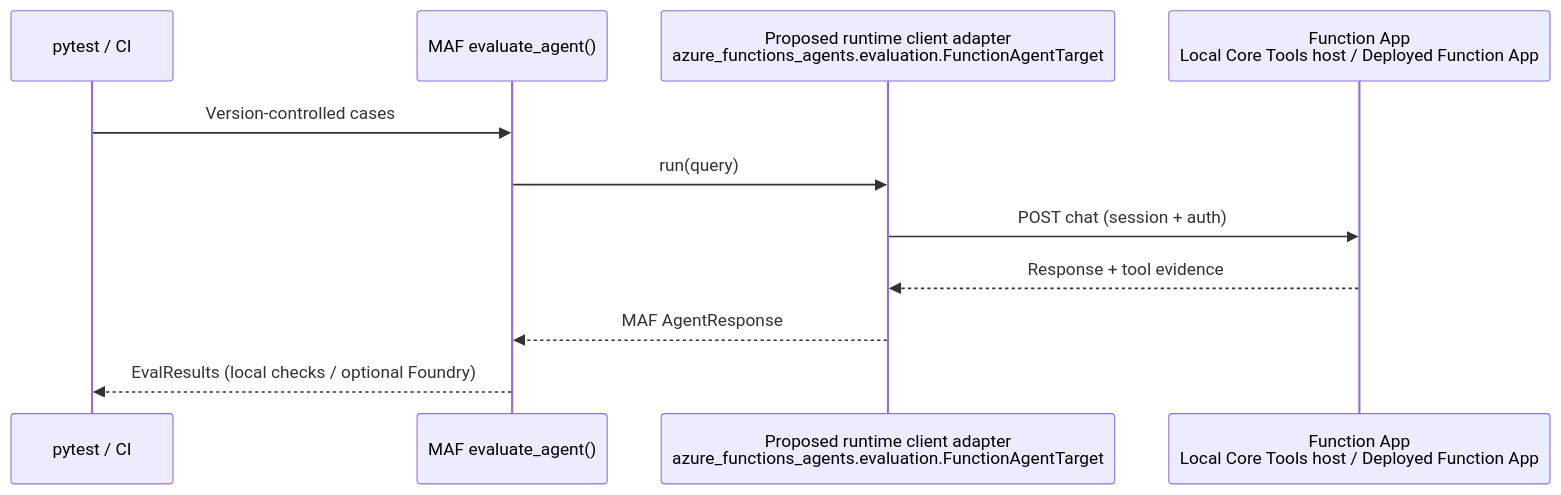
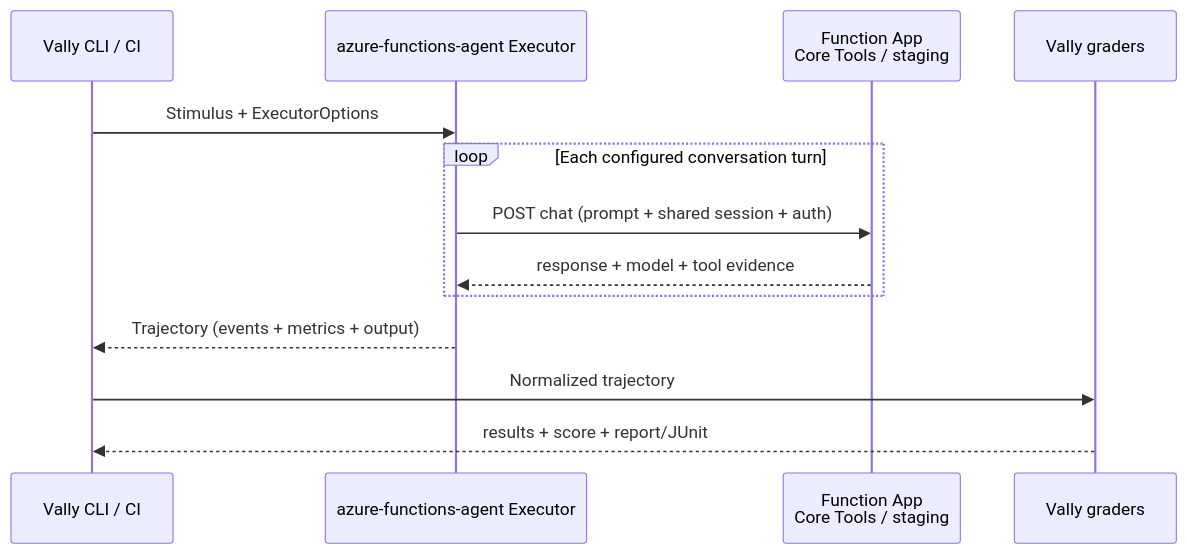
Before and after one commit to Azure/azure-functions-agents-runtime: the diagram in docs/frds/0009-agent-evaluations.md, drawn with Mermaid. The commit also changed other lines of this file and 34 other files, not shown here.

````diff
--- a/docs/frds/0009-agent-evaluations.md
+++ b/docs/frds/0009-agent-evaluations.md
@@ -99,13 +112,15 @@
 ```mermaid
 sequenceDiagram
-  participant P as pytest / CI
-  participant M as MAF evaluate_agent()
-  participant A as Proposed runtime client adapter<br/>azure_functions_agents.evaluation.FunctionAgentTarget
-  participant H as Function App<br/>Local Core Tools host / Deployed Function App
-  P->>M: Version-controlled cases
-  M->>A: run(query)
-  A->>H: POST chat (session + auth)
-  H-->>A: Response + tool evidence
-  A-->>M: MAF AgentResponse
-  M-->>P: EvalResults (local checks / optional Foundry)
+  participant C as Vally CLI / CI
+  participant E as azure-functions-agent Executor
+  participant H as Function App<br/>Core Tools / staging
+  participant G as Vally graders
+  C->>E: Stimulus + ExecutorOptions
+  loop Each configured conversation turn
+    E->>H: POST chat (prompt + shared session + auth)
+    H-->>E: response + model + tool evidence
+  end
+  E-->>C: Trajectory (events + metrics + output)
+  C->>G: Normalized trajectory
+  G-->>C: results + score + report/JUnit
 ```
````
